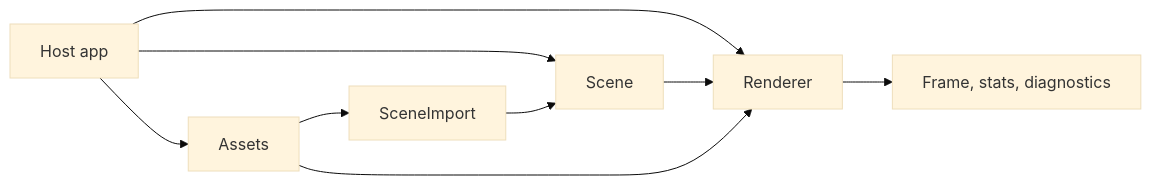
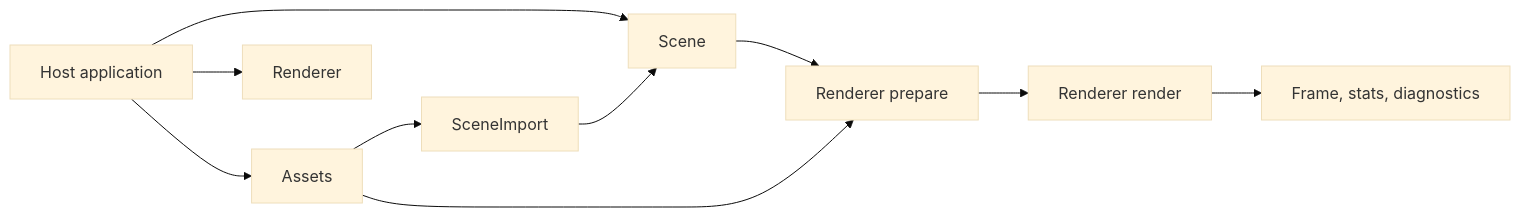
One commit to johannesPettersson80/scena changed the diagram in README.md. Above: the diagram before and after it, drawn with Mermaid (base theme). The commit also changed other lines of this file, not shown here.

````diff
--- a/README.md
+++ b/README.md
@@ -208,11 +200,12 @@
 ```mermaid
 flowchart LR
-    Host[Host app] --> Scene[Scene]
+    Host[Host application] --> Scene[Scene]
     Host --> Assets[Assets]
     Host --> Renderer[Renderer]
-    Assets --> SceneImport[SceneImport]
-    SceneImport --> Scene
-    Scene --> Renderer
-    Assets --> Renderer
-    Renderer --> Output[Frame, stats, diagnostics]
+    Assets --> Import[SceneImport]
+    Import --> Scene
+    Scene --> Prepare[Renderer prepare]
+    Assets --> Prepare
+    Prepare --> Render[Renderer render]
+    Render --> Output[Frame, stats, diagnostics]
 ```
````
